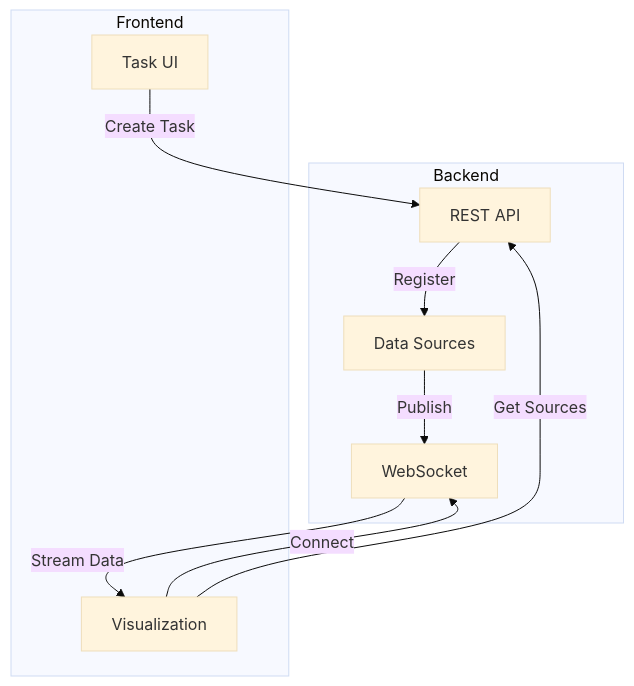
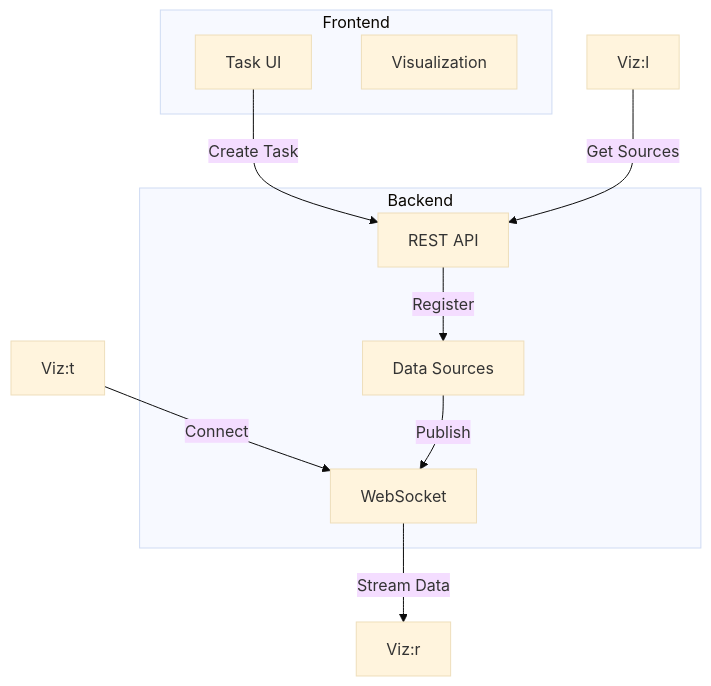
One commit to tccoult/sdr-cockpit changed the diagram in README.md. Above: the diagram before and after it, drawn with Mermaid (base theme).

Commit message:
Add port specifiers to Viz node for cleaner layout
Use Mermaid port syntax to separate connection points:
- Left port for Get Sources
- Top port for Connect
- Right port for Stream Data

````diff
--- a/README.md
+++ b/README.md
@@ -33,20 +33,20 @@
 ```mermaid
 flowchart TB
     subgraph Backend
         API[REST API]
         Sources[Data Sources]
         WS[WebSocket]
     end
 
     subgraph Frontend
         UI[Task UI]
         Viz[Visualization]
     end
 
     UI -->|"Create Task"| API
     API -->|"Register"| Sources
-    Viz -->|"Get Sources"| API
-    Viz -->|"Connect"| WS
+    Viz:l -->|"Get Sources"| API
+    Viz:t -->|"Connect"| WS
     Sources -->|"Publish"| WS
-    WS -->|"Stream Data"| Viz
+    WS -->|"Stream Data"| Viz:r
 ```
````
